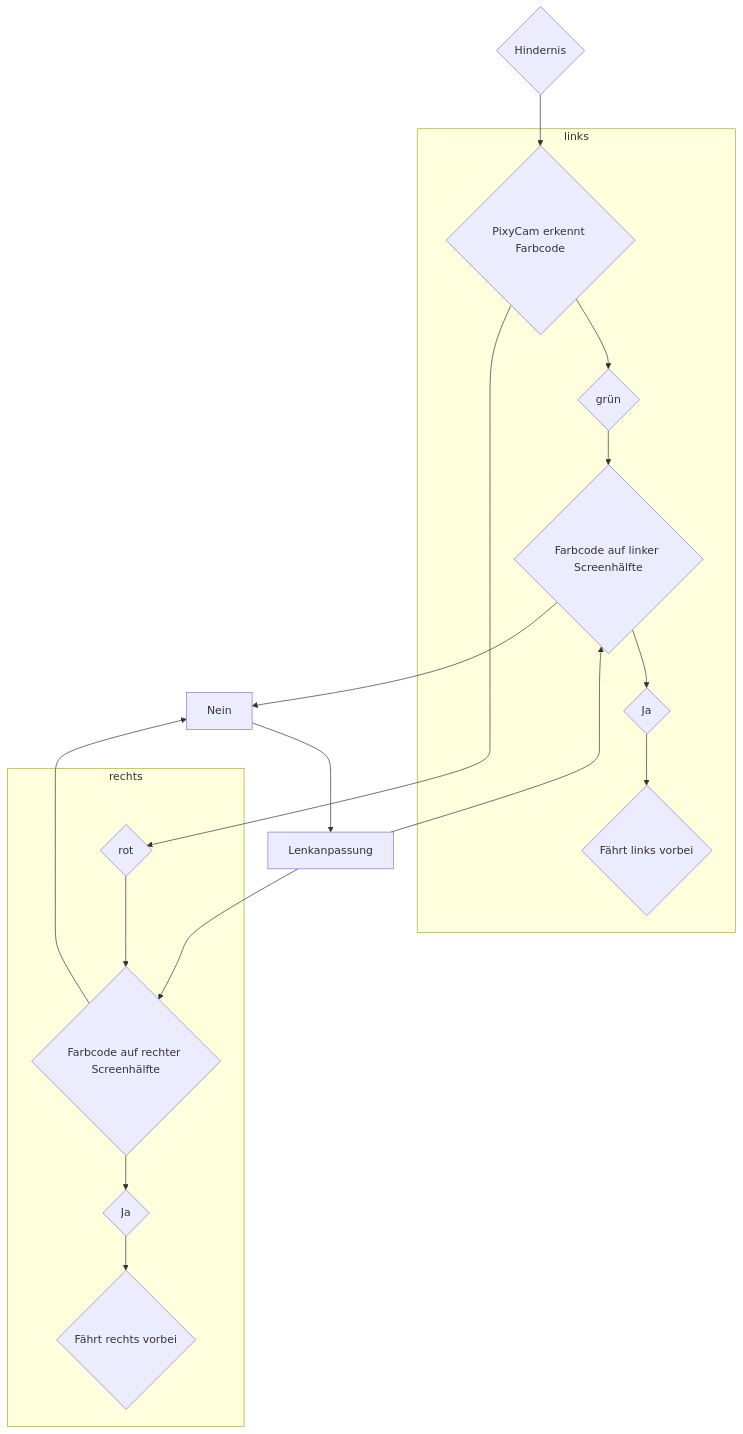
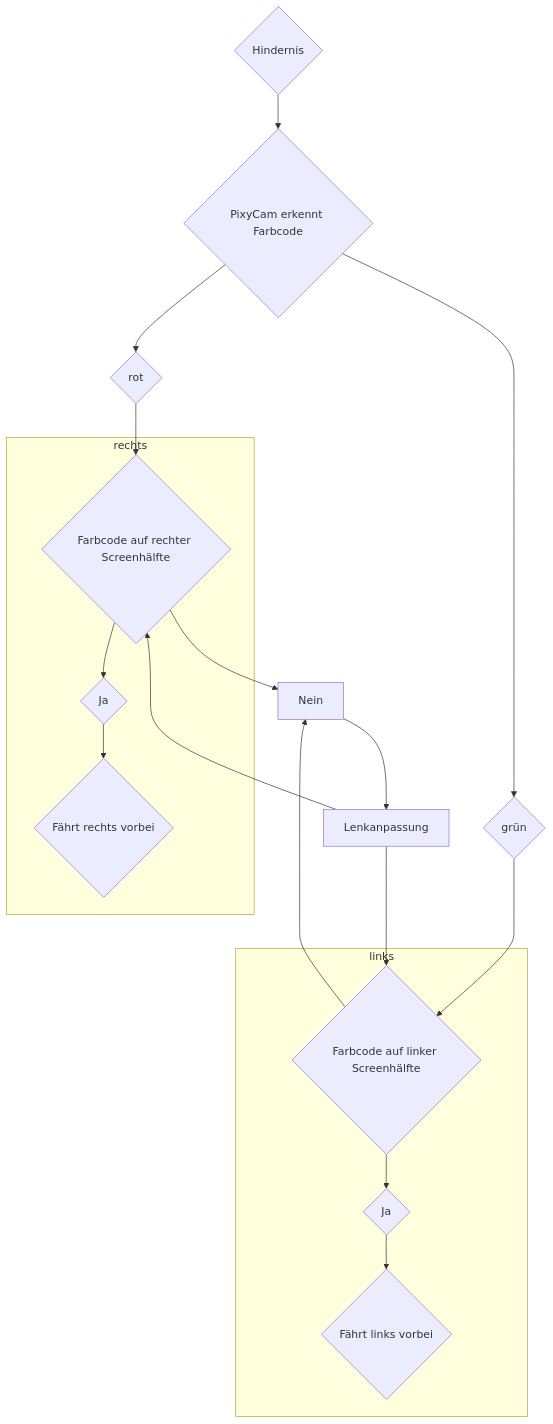
One commit to SchroedingersBit/PfortGTPanama changed the diagram in Programme/Hindernisrennen/README.md. Above: the diagram before and after it, drawn with Mermaid.

````diff
--- a/Programme/Hindernisrennen/README.md
+++ b/Programme/Hindernisrennen/README.md
@@ -4,24 +4,27 @@
 ```mermaid
 graph TB;
+B-->C{rot}-->C2{Farbcode auf rechter Screenhälfte};
 A{Hindernis} -->B{PixyCam erkennt Farbcode};
+B-->E{grün}-->C1{Farbcode auf linker Screenhälfte};
 C1 --> Nein;
 Nein --> Lenkanpassung;
 C2 --> Nein; 
 Lenkanpassung-->C1;
 Lenkanpassung -->C2;
+
 subgraph links
-B-->E{grün}-->C1{Farbcode auf linker Screenhälfte};
+
 
 
 C1-->J1{Ja};
 J1-->R{Fährt links vorbei};
 end
 
 subgraph rechts
-B-->C{rot}-->C2{Farbcode auf rechter Screenhälfte};
+
 
 
 C2-->J2{Ja};
 J2-->L{Fährt rechts vorbei};
 end
 ```
````
